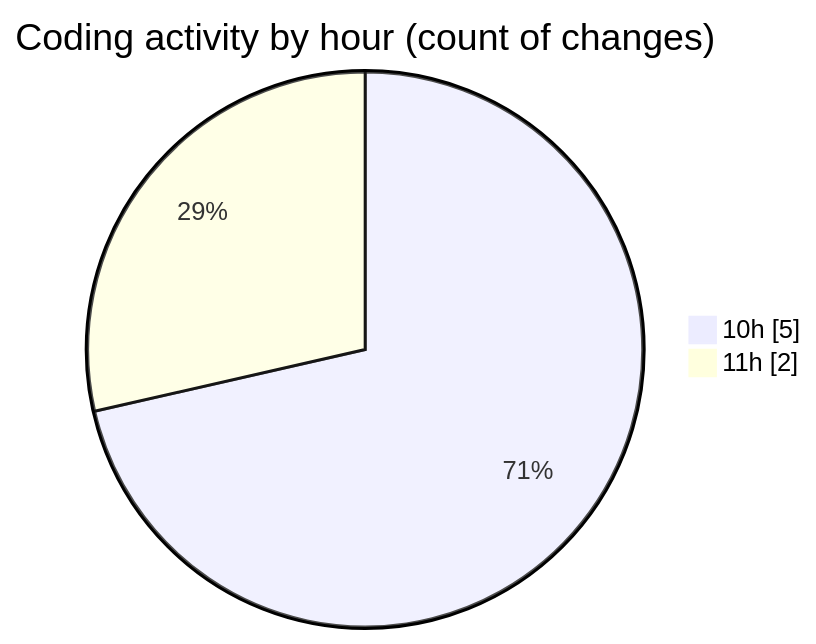
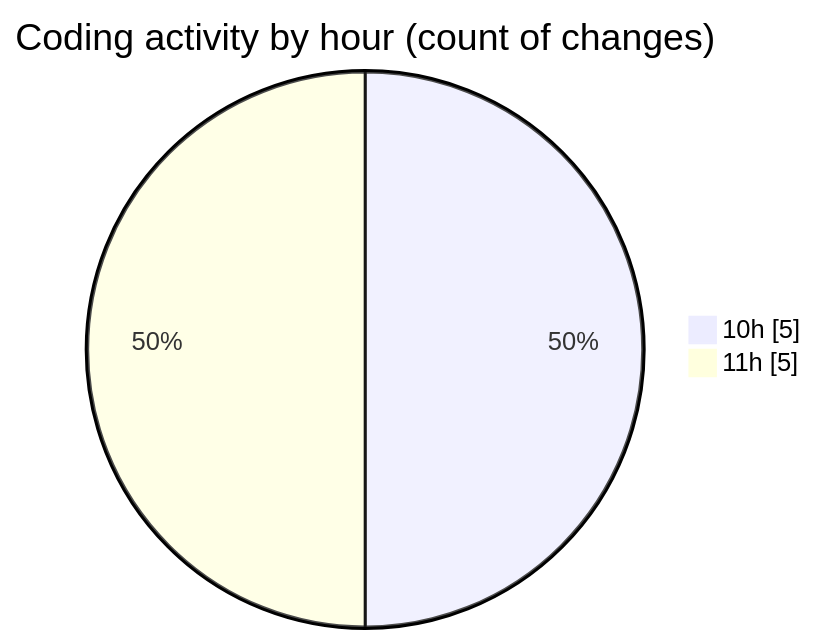
The second of 2 diagrams in 2026-04-20/airfeed-analytics-dashboard/README.md (nxtqubesakshisongat/code-tracking), drawn with Mermaid before and after one commit. The commit also changed other lines of this file and 1 other file, not shown here.

````diff
--- a/2026-04-20/airfeed-analytics-dashboard/README.md
+++ b/2026-04-20/airfeed-analytics-dashboard/README.md
@@ -30,6 +30,6 @@
 ```mermaid
 pie showData
 title Coding activity by hour (count of changes)
 "10h" : 5
-"11h" : 2
+"11h" : 5
 ```
````
